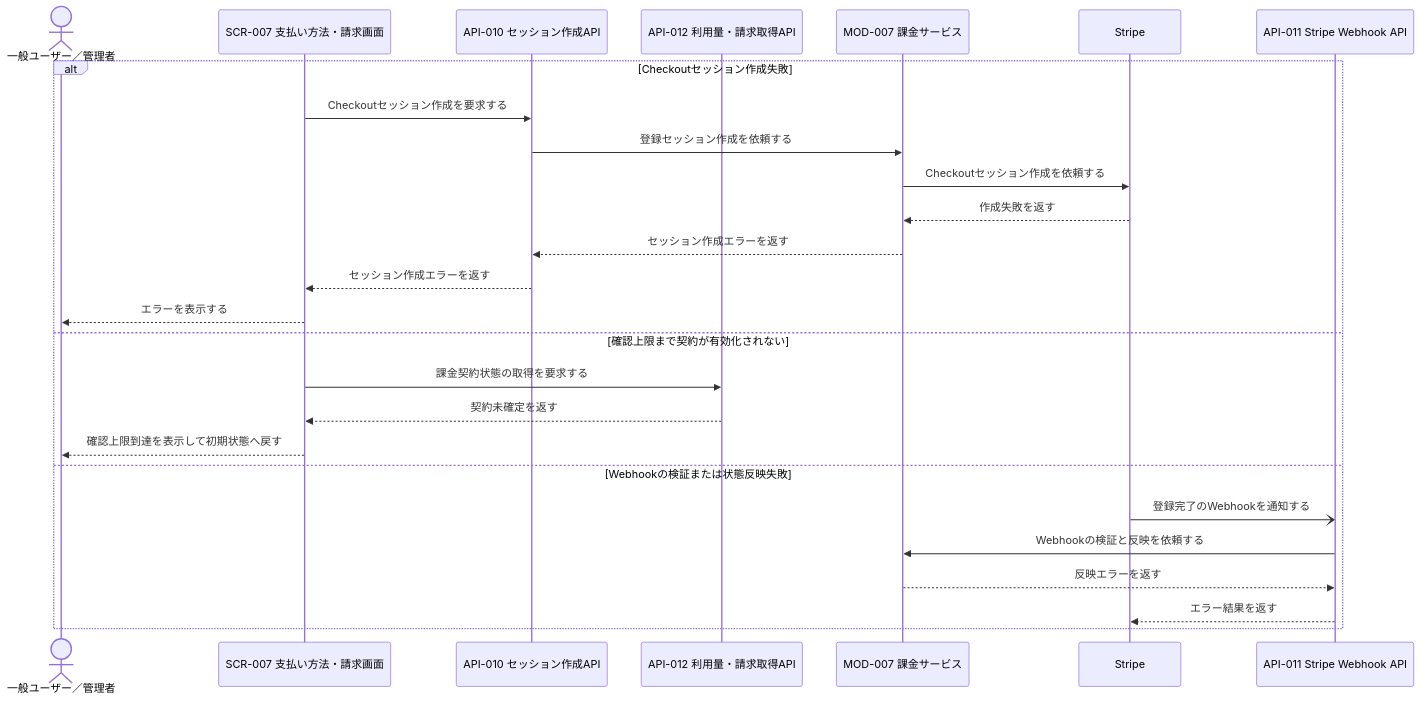
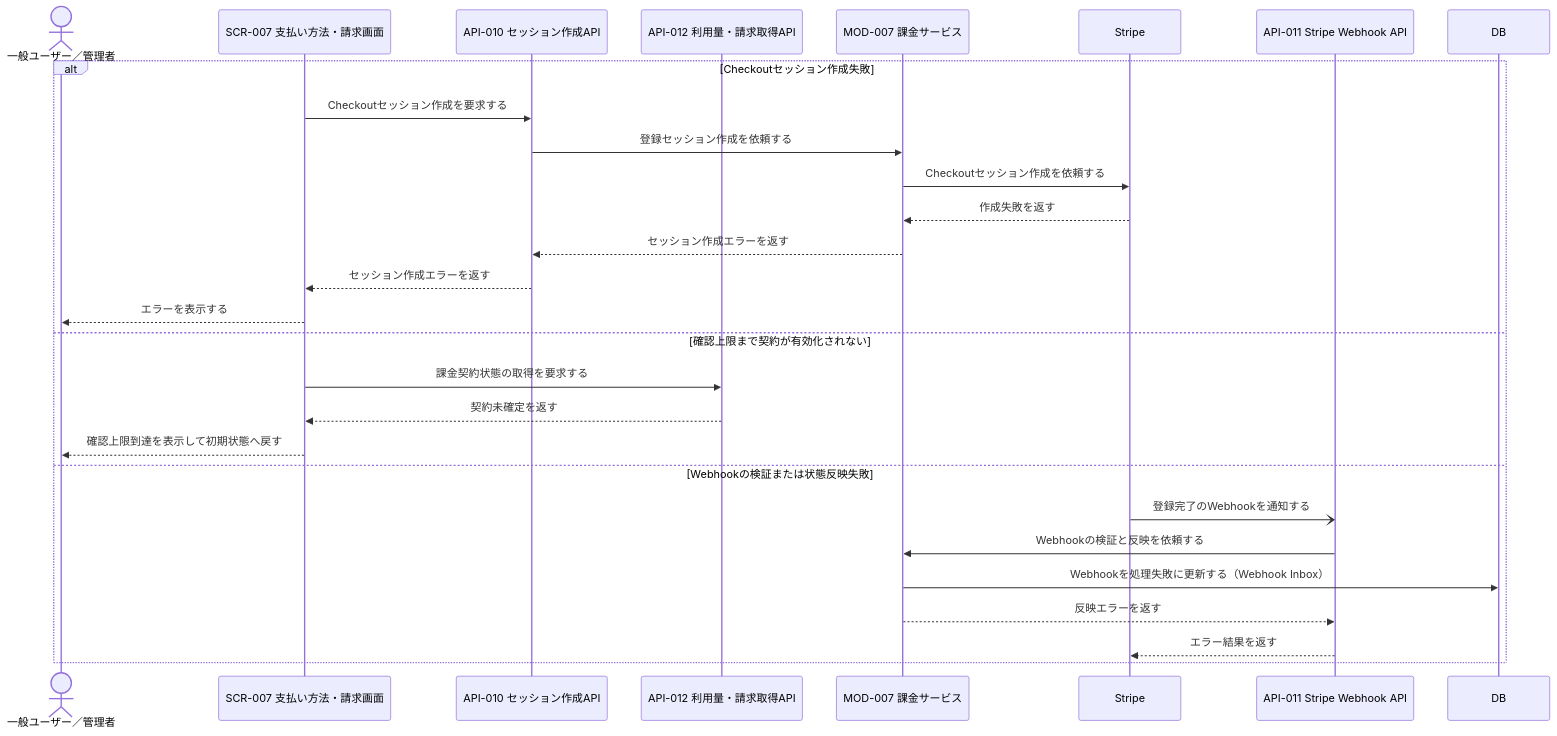
One commit to sikakou54/system-document-template changed the third of 3 diagrams in docs/03_機能設計/02_シーケンス設計/SEQ-004_支払い方法登録シーケンス.md. Above: the diagram before and after it, drawn with Mermaid. The commit also changed other lines of this file and 99 other files, not shown here.

````diff
--- a/docs/03_機能設計/02_シーケンス設計/SEQ-004_支払い方法登録シーケンス.md
+++ b/docs/03_機能設計/02_シーケンス設計/SEQ-004_支払い方法登録シーケンス.md
@@ -130,29 +134,30 @@
 ```mermaid
 sequenceDiagram
     actor U as 一般ユーザー／管理者
     participant UI as SCR-007 支払い方法・請求画面
     participant API10 as API-010 セッション作成API
     participant API12 as API-012 利用量・請求取得API
     participant MOD as MOD-007 課金サービス
     participant STR as Stripe
     participant API11 as API-011 Stripe Webhook API
 
     alt Checkoutセッション作成失敗
         UI->>API10: Checkoutセッション作成を要求する
         API10->>MOD: 登録セッション作成を依頼する
         MOD->>STR: Checkoutセッション作成を依頼する
         STR-->>MOD: 作成失敗を返す
         MOD-->>API10: セッション作成エラーを返す
         API10-->>UI: セッション作成エラーを返す
         UI-->>U: エラーを表示する
     else 確認上限まで契約が有効化されない
         UI->>API12: 課金契約状態の取得を要求する
         API12-->>UI: 契約未確定を返す
         UI-->>U: 確認上限到達を表示して初期状態へ戻す
     else Webhookの検証または状態反映失敗
         STR-)API11: 登録完了のWebhookを通知する
         API11->>MOD: Webhookの検証と反映を依頼する
+        MOD->>DB: Webhookを処理失敗に更新する（Webhook Inbox）
         MOD-->>API11: 反映エラーを返す
         API11-->>STR: エラー結果を返す
     end
 ```
````
